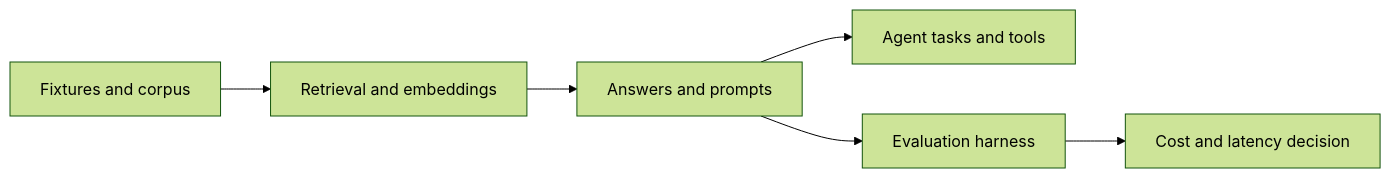
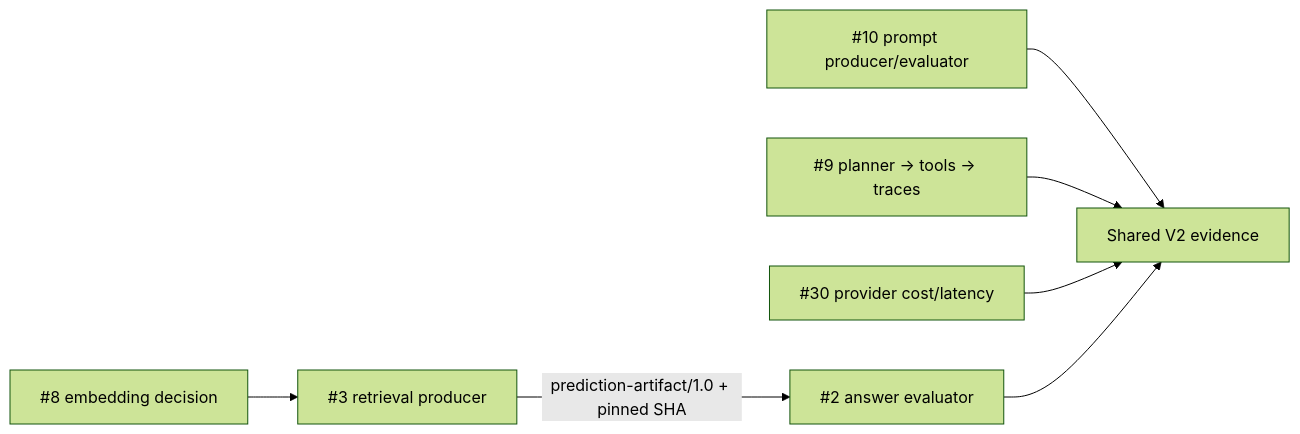
The diagram in docs/ai-evaluation-retrieval.md (Brilhante29/portfolio-reuse-kit), drawn with Mermaid (forest theme) before and after one commit. The commit also changed other lines of this file and 18 other files, not shown here.

Commit message:
feat: close AI evaluation and retrieval program

````diff
--- a/docs/ai-evaluation-retrieval.md
+++ b/docs/ai-evaluation-retrieval.md
@@ -29,8 +14,9 @@
 ```mermaid
 flowchart LR
-  Fixtures["Fixtures and corpus"] --> Retrieval["Retrieval and embeddings"]
-  Retrieval --> Answers["Answers and prompts"]
-  Answers --> Agents["Agent tasks and tools"]
-  Answers --> Eval["Evaluation harness"]
-  Eval --> Cost["Cost and latency decision"]
+  RAG["#3 retrieval producer"] -->|"prediction-artifact/1.0 + pinned SHA"| Eval["#2 answer evaluator"]
+  Embed["#8 embedding decision"] --> RAG
+  Prompt["#10 prompt producer/evaluator"] --> Evidence["Shared V2 evidence"]
+  Agent["#9 planner -> tools -> traces"] --> Evidence
+  Cost["#30 provider cost/latency"] --> Evidence
+  Eval --> Evidence
 ```
````
